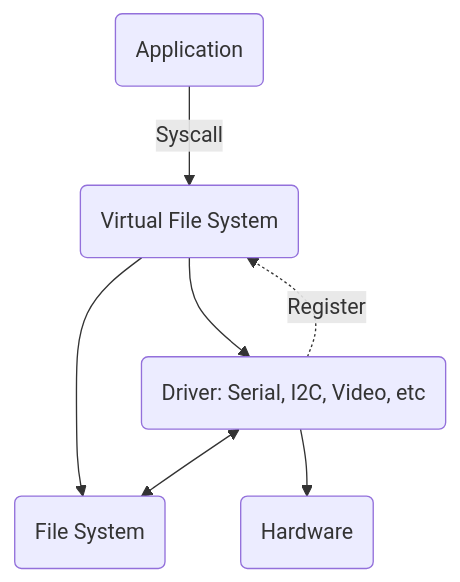
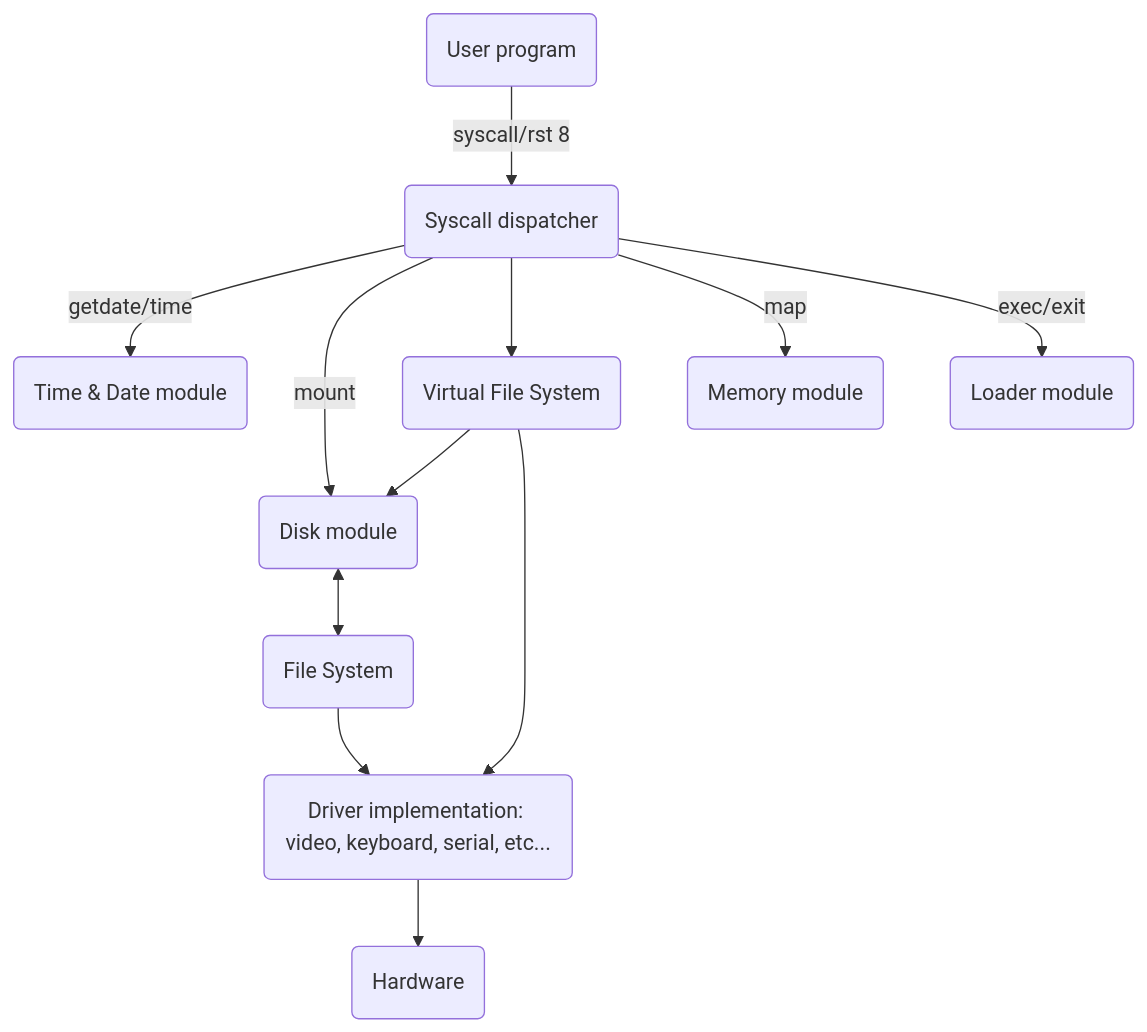
The diagram in README.md (Zeal8bit/Zeal-8-bit-OS), drawn with Mermaid before and after one commit. The commit also changed other lines of this file and 2 other files, not shown here.

````diff
--- a/README.md
+++ b/README.md
@@ -219,13 +398,23 @@
 ```mermaid
 flowchart TD;
-        app(Application)
+        app(User program)
         vfs(Virtual File System)
-        drv(Driver: Serial, I2C, Video, etc)
+        dsk(Disk module)
+        drv(Driver implementation: video, keyboard, serial, etc...)
         fs(File System)
+        sysdis(Syscall dispatcher)
         hw(Hardware)
-        app --Syscall--> vfs;
-        vfs --> drv & fs;
-        drv -. Register  .-> vfs;
-        drv <--> fs;
+        time(Time & Date module)
+        mem(Memory module)
+        loader(Loader module)
+        app -- syscall/rst 8 --> sysdis;
+        sysdis --getdate/time--> time;
+        sysdis --mount--> dsk;
+        sysdis --> vfs;
+        sysdis --map--> mem;
+        sysdis -- exec/exit --> loader;
+        vfs --> dsk & drv;
+        dsk <--> fs;
+        fs --> drv;
         drv --> hw;
 ```
````
